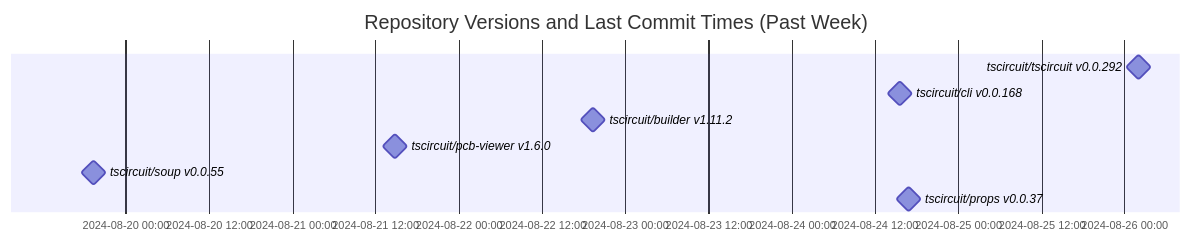
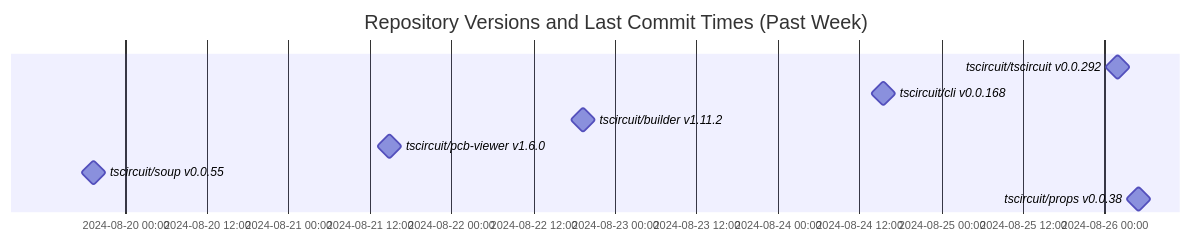
Before and after one commit to tscircuit/version-tracker: the diagram in README.md, drawn with Mermaid.

Commit message:
Update chart

````diff
--- a/README.md
+++ b/README.md
@@ -1,13 +1,13 @@
 ```mermaid
 gantt
   dateFormat  YYYY-MM-DD HH:mm:ss
   title Repository Versions and Last Commit Times (Past Week)
   axisFormat %Y-%m-%d %H:%M
 
   tscircuit/tscircuit v0.0.292 : milestone, 2024-08-26 01:59:25, 1s
   tscircuit/cli v0.0.168 : milestone, 2024-08-24 15:32:19, 1s
   tscircuit/builder v1.11.2 : milestone, 2024-08-22 19:17:19, 1s
   tscircuit/pcb-viewer v1.6.0 : milestone, 2024-08-21 14:48:25, 1s
   tscircuit/soup v0.0.55 : milestone, 2024-08-19 19:22:24, 1s
-  tscircuit/props v0.0.37 : milestone, 2024-08-24 16:52:00, 1s
+  tscircuit/props v0.0.38 : milestone, 2024-08-26 05:00:48, 1s
 ```
````
